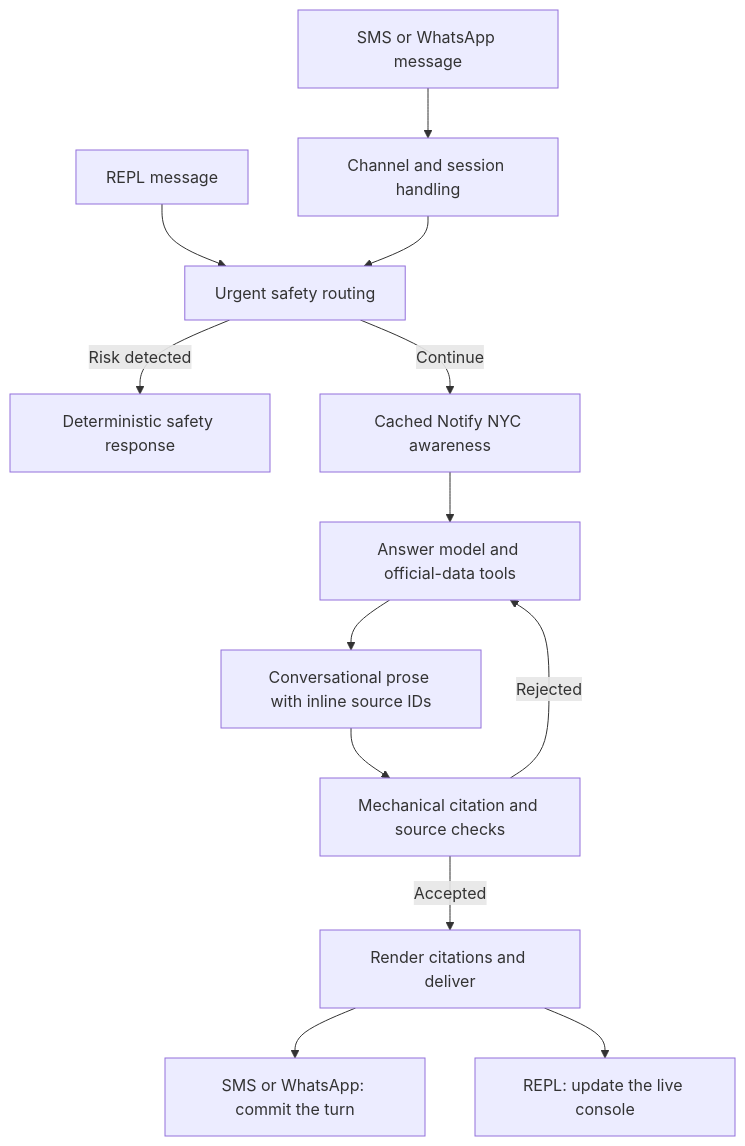
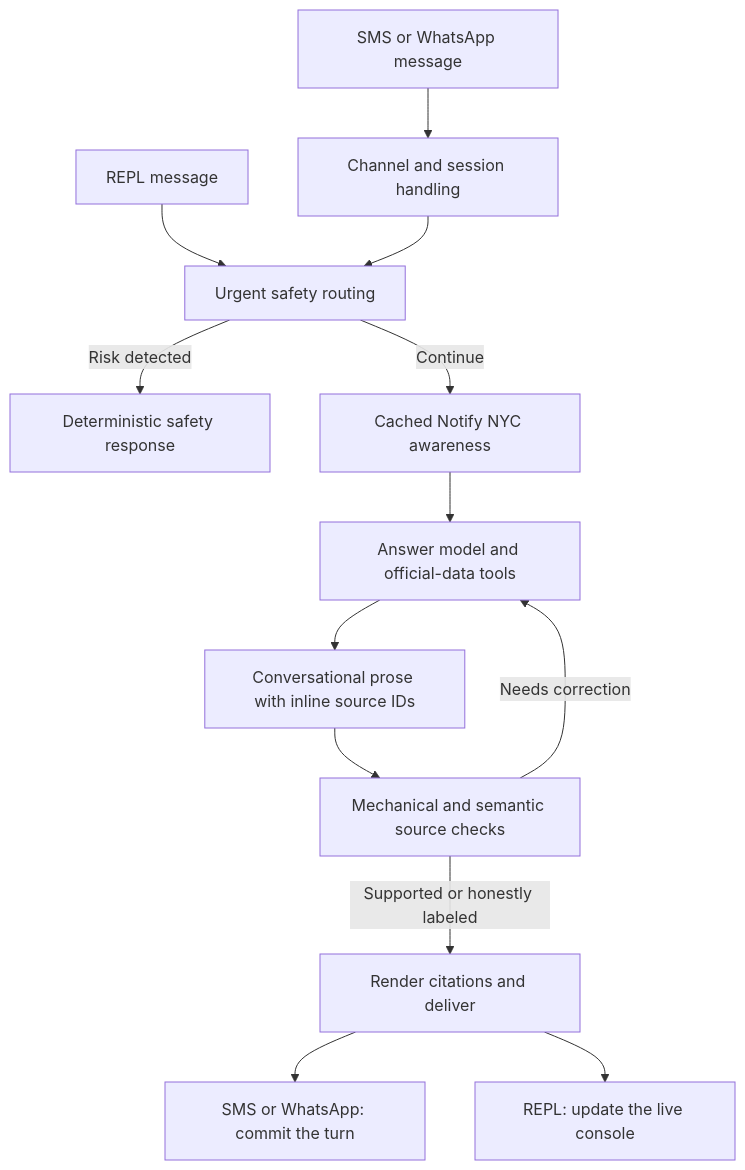
One commit to shayantist/HeyNYC changed the diagram in README.md. Above: the diagram before and after it, drawn with Mermaid. The commit also changed other lines of this file and 17 other files, not shown here.

````diff
--- a/README.md
+++ b/README.md
@@ -122,15 +122,15 @@
 ```mermaid
 flowchart TD
     A["SMS or WhatsApp message"] --> B["Channel and session handling"]
     R["REPL message"] --> C
     B --> C["Urgent safety routing"]
     C -->|Risk detected| D["Deterministic safety response"]
     C -->|Continue| E["Cached Notify NYC awareness"]
     E --> F["Answer model and official-data tools"]
     F --> G["Conversational prose with inline source IDs"]
-    G --> H["Mechanical citation and source checks"]
-    H -->|Rejected| F
-    H -->|Accepted| I["Render citations and deliver"]
+    G --> H["Mechanical and semantic source checks"]
+    H -->|Needs correction| F
+    H -->|Supported or honestly labeled| I["Render citations and deliver"]
     I --> K["SMS or WhatsApp: commit the turn"]
     I --> L["REPL: update the live console"]
 ```
````
